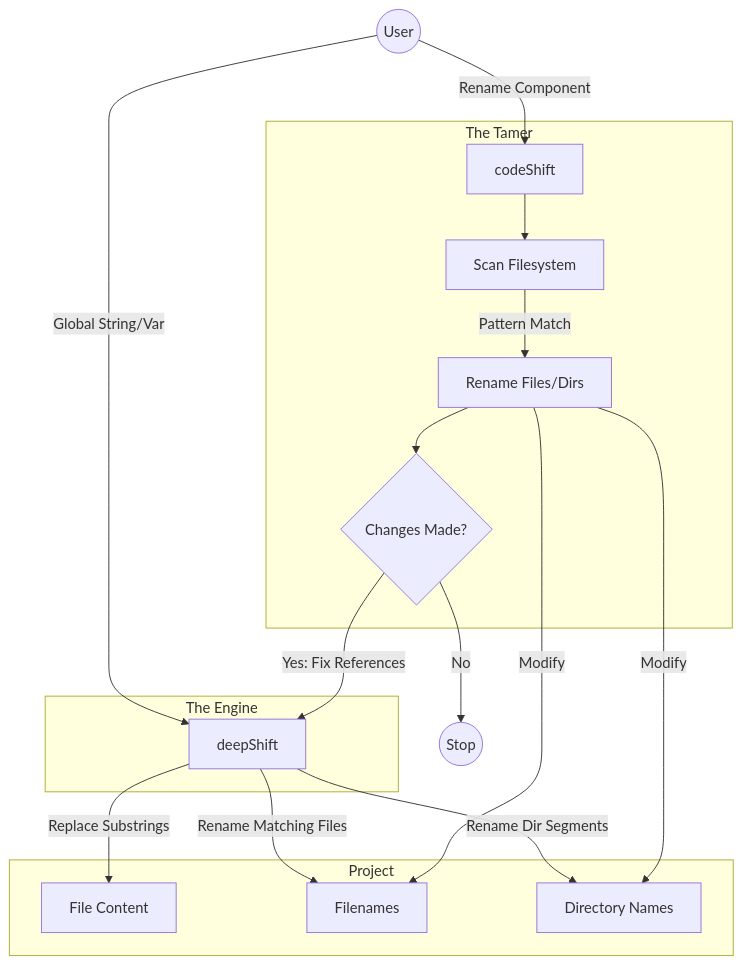
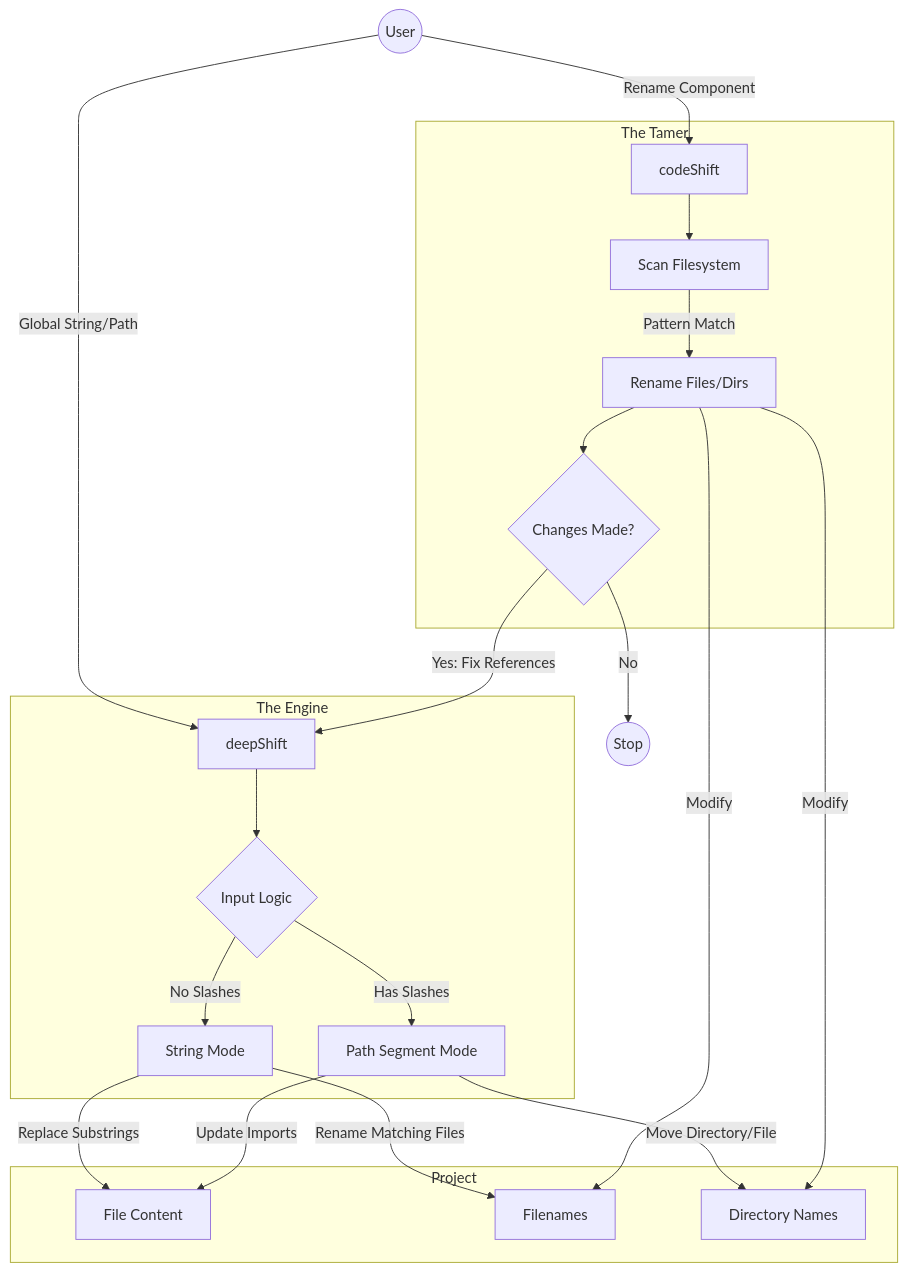
Before and after one commit to 311ecode/deepShift: the diagram in README.md, drawn with Mermaid. The commit also changed other lines of this file and 4 other files, not shown here.

First line of the commit message:
feat(deepShift): add intelligent path segment mode and drag-drop support

````diff
--- a/README.md
+++ b/README.md
@@ -83,39 +87,49 @@
 ```mermaid
 graph TD
     User((User))
     
     subgraph "The Engine"
         DS[deepShift]
+        Logic{Input Logic}
+        StringMode[String Mode]
+        PathMode[Path Segment Mode]
     end
     
     subgraph "The Tamer"
         CS[codeShift]
         Scan[Scan Filesystem]
         Rename[Rename Files/Dirs]
         Check{Changes Made?}
     end
 
     subgraph Project
         Txt[File Content]
         Files[Filenames]
         Dirs[Directory Names]
     end
 
     %% deepShift Path (Direct)
-    User -->|Global String/Var| DS
-    DS -- "Replace Substrings" --> Txt
-    DS -- "Rename Matching Files" --> Files
-    DS -- "Rename Dir Segments" --> Dirs
+    User -->|Global String/Path| DS
+    DS --> Logic
+    
+    Logic -- "No Slashes" --> StringMode
+    Logic -- "Has Slashes" --> PathMode
+    
+    StringMode -- "Replace Substrings" --> Txt
+    StringMode -- "Rename Matching Files" --> Files
+    
+    PathMode -- "Move Directory/File" --> Dirs
+    PathMode -- "Update Imports" --> Txt
 
     %% codeShift Path (Targeted)
     User -->|Rename Component| CS
     CS --> Scan
     Scan -- "Pattern Match" --> Rename
     Rename -- "Modify" --> Files
     Rename -- "Modify" --> Dirs
     Rename --> Check
     
     %% The Handoff
     Check -- Yes: Fix References --> DS
     Check -- No --> Stop((Stop))
 ```
````
